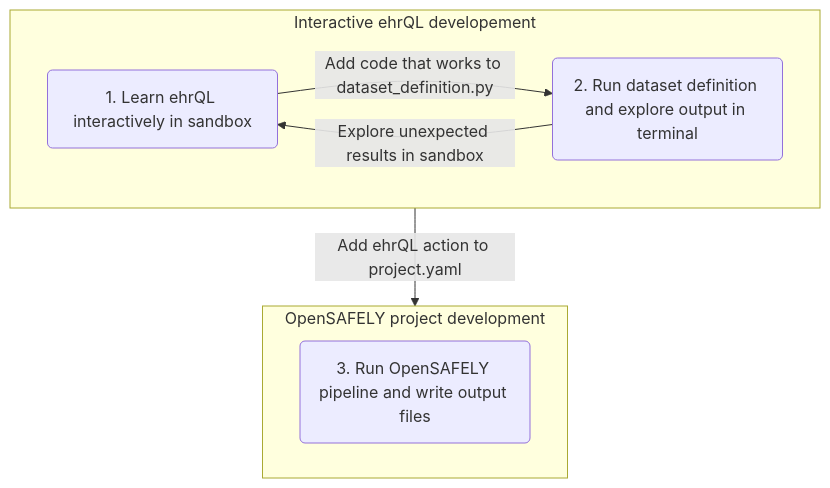
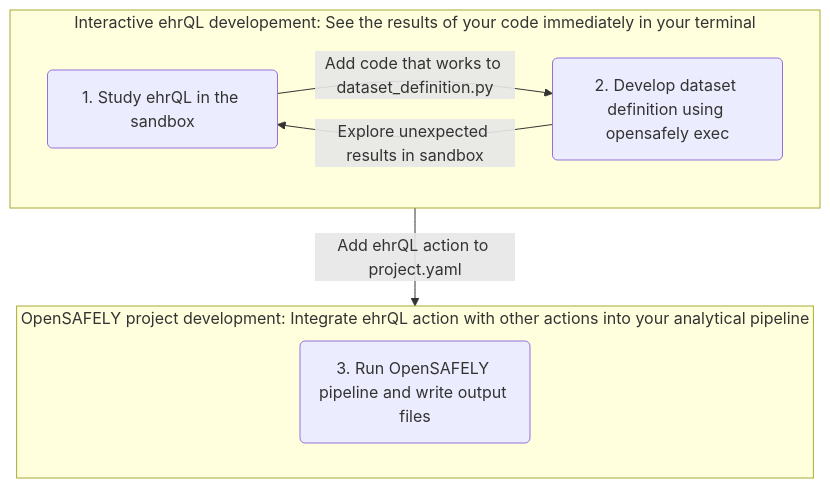
The second of 2 diagrams in README.md (opensafely/ehrql-workflow), drawn with Mermaid before and after one commit. The commit also changed other lines of this file, not shown here.

````diff
--- a/README.md
+++ b/README.md
@@ -59,19 +34,19 @@
 ```mermaid
 flowchart TD;
 
-  sandbox("1. Learn ehrQL interactively in sandbox")
-  exec("2. Run dataset definition and explore output in terminal")
+  sandbox("1. Study ehrQL in the sandbox")
+  exec("2. Develop dataset definition using opensafely exec")
   run("3. Run OpenSAFELY pipeline and write output files")
   
-  subgraph interactive-dev["Interactive ehrQL developement"]
+  subgraph interactive-dev["Interactive ehrQL developement: See the results of your code immediately in your terminal"]
     exec -- "Explore unexpected results in sandbox" --> sandbox
     sandbox -- "Add code that works to dataset_definition.py" --> exec
   end
   
   interactive-dev -- "Add ehrQL action to project.yaml " --> project-dev
 
-  subgraph project-dev["OpenSAFELY project development"]
+  subgraph project-dev["OpenSAFELY project development: Integrate ehrQL action with other actions into your analytical pipeline"]
     run
   end
   
 ```
````
